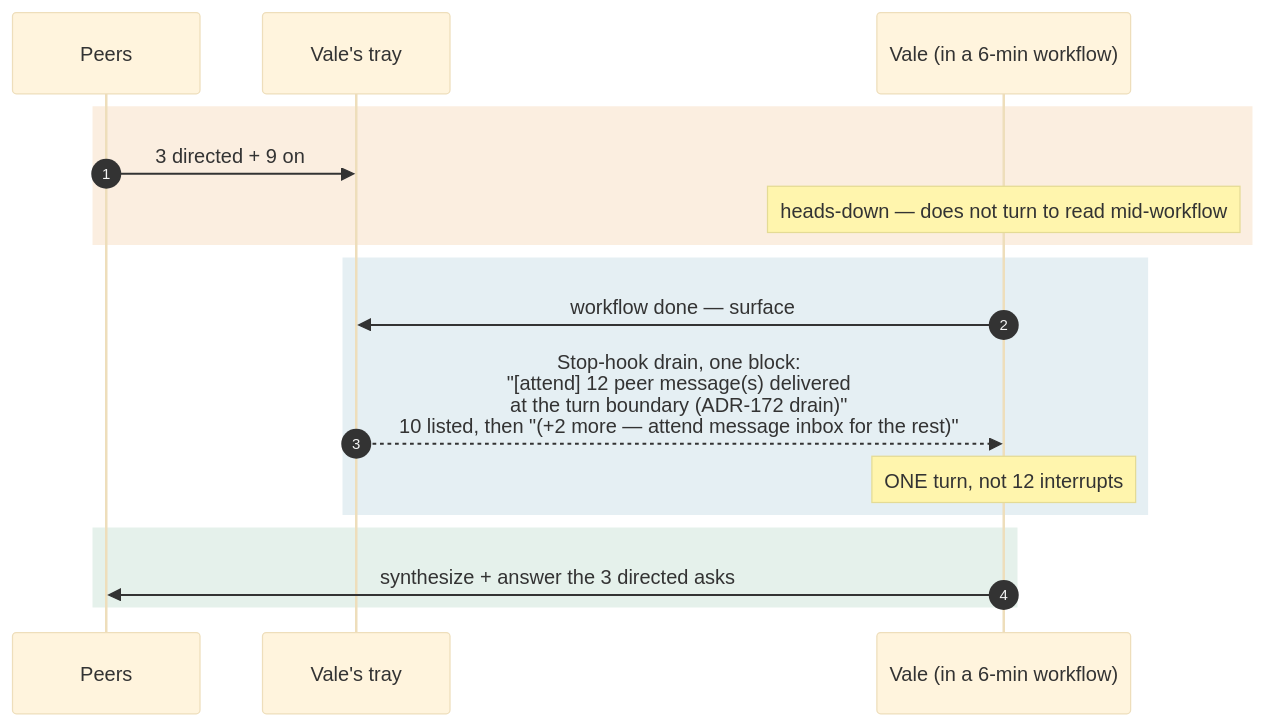
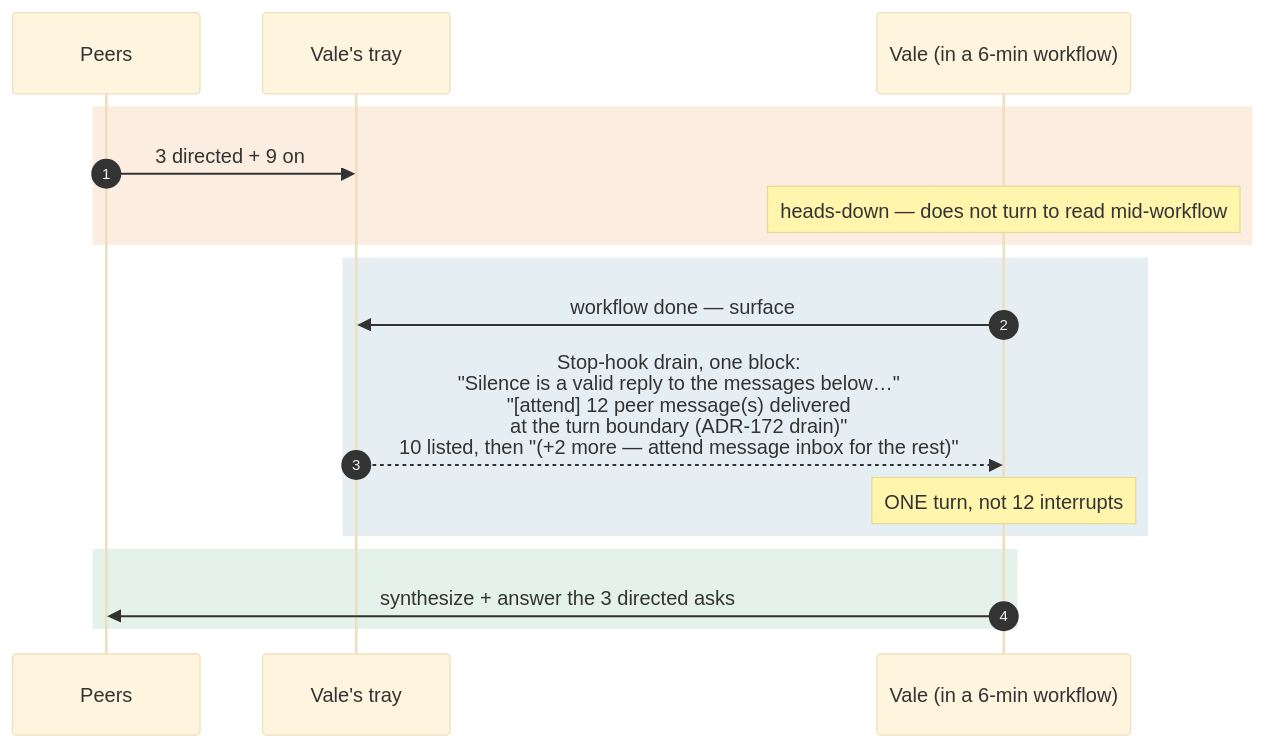
Before and after one commit to aaronsb/agent-ways: the second of 2 diagrams in docs/explanation/attend-messaging/03-team-inside-one-voice.md, drawn with Mermaid (base theme). The commit also changed 9 other files, not shown here.

First line of the commit message:
fix(attend): review fixes for the resume hold and the silence-first frame

````diff
--- a/docs/explanation/attend-messaging/03-team-inside-one-voice.md
+++ b/docs/explanation/attend-messaging/03-team-inside-one-voice.md
@@ -60,19 +60,19 @@
 ```mermaid
 sequenceDiagram
     autonumber
     participant P as Peers
     participant Tray as Vale's tray
     participant V as Vale (in a 6-min workflow)
     rect rgba(217,119,6,0.12)
     P->>Tray: 3 directed + 9 on #open (over ~6 min)
     Note over V: heads-down — does not turn to read mid-workflow
     end
     rect rgba(45,125,154,0.12)
     V->>Tray: workflow done — surface
-    Tray-->>V: Stop-hook drain, one block:<br/>"[attend] 12 peer message(s) delivered<br/>at the turn boundary (ADR-172 drain)"<br/>10 listed, then "(+2 more — attend message inbox for the rest)"
+    Tray-->>V: Stop-hook drain, one block:<br/>"Silence is a valid reply to the messages below…"<br/>"[attend] 12 peer message(s) delivered<br/>at the turn boundary (ADR-172 drain)"<br/>10 listed, then "(+2 more — attend message inbox for the rest)"
     Note over V: ONE turn, not 12 interrupts
     end
     rect rgba(45,142,94,0.12)
     V->>P: synthesize + answer the 3 directed asks
     end
 ```
````
